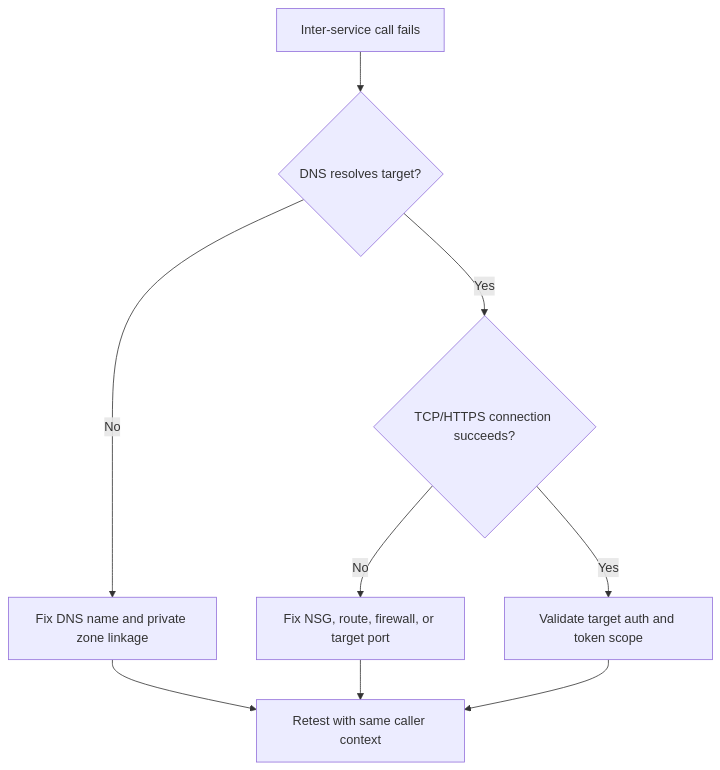
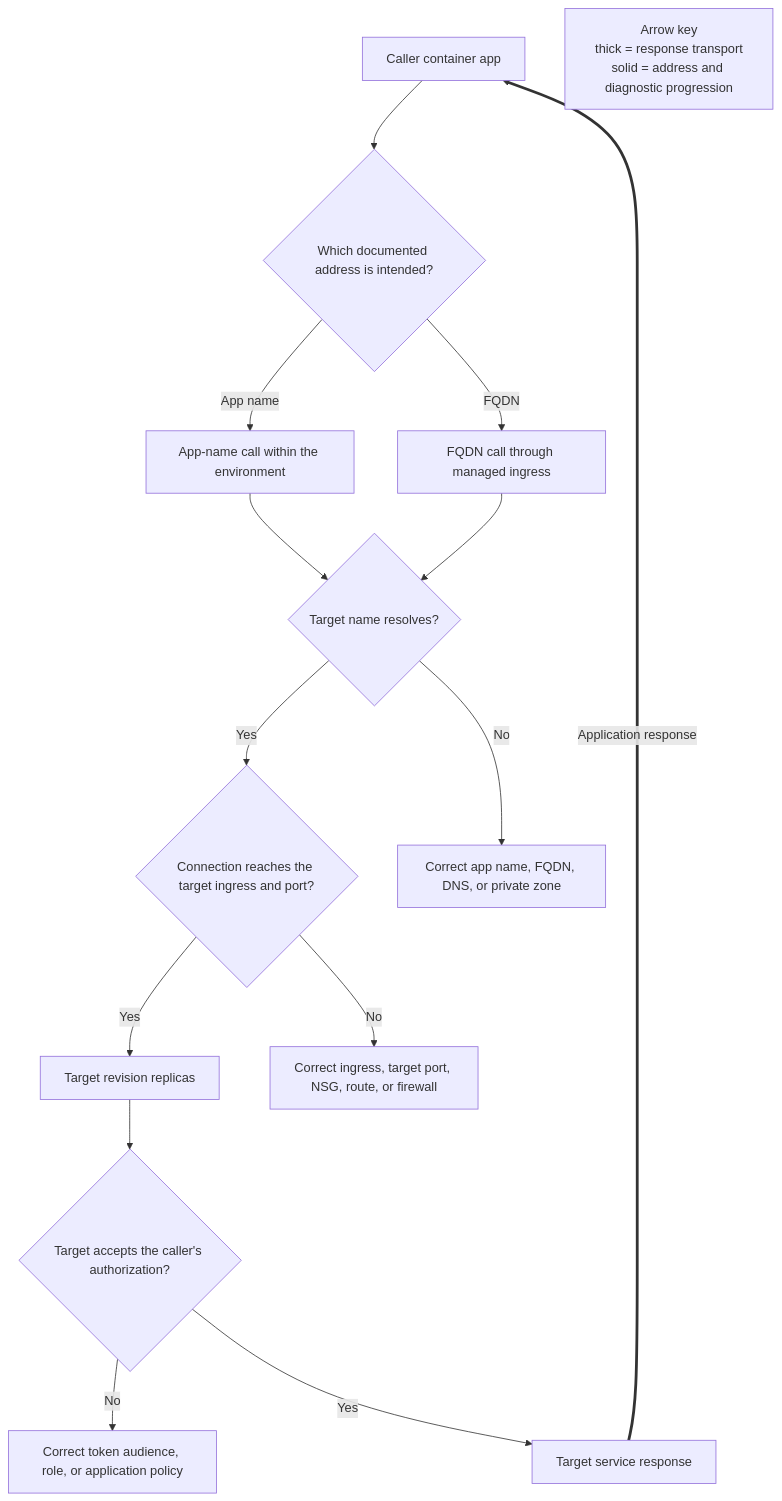
The diagram in docs/troubleshooting/playbooks/ingress-and-networking/service-to-service-connectivity-failure.md (yeongseon/azure-container-apps-practical-guide), drawn with Mermaid before and after one commit. The commit also changed other lines of this file and 23 other files, not shown here.

First line of the commit message:
docs(diagrams): migrate troubleshooting playbook diagrams (#626)

````diff
--- a/docs/troubleshooting/playbooks/ingress-and-networking/service-to-service-connectivity-failure.md
+++ b/docs/troubleshooting/playbooks/ingress-and-networking/service-to-service-connectivity-failure.md
@@ -40,11 +40,34 @@
 ```mermaid
 flowchart TD
-    A[Inter-service call fails] --> B{DNS resolves target?}
-    B -->|No| C[Fix DNS name and private zone linkage]
-    B -->|Yes| D{TCP/HTTPS connection succeeds?}
-    D -->|No| E[Fix NSG, route, firewall, or target port]
-    D -->|Yes| F[Validate target auth and token scope]
-    C --> G[Retest with same caller context]
-    E --> G
-    F --> G
+    accTitle: Diagnose a service-to-service call
+    accDescr: Choose the intended Container Apps service address, then distinguish name resolution, request transport, target ingress, and authorization failures.
+
+    CALLER[Caller container app]
+    ADDRESS{Which documented address is intended?}
+    APPNAME[App-name call within the environment]
+    FQDN[FQDN call through managed ingress]
+    DNS{Target name resolves?}
+    TRANSPORT{Connection reaches the target ingress and port?}
+    TARGET[Target revision replicas]
+    AUTH{Target accepts the caller's authorization?}
+    NAME_FIX[Correct app name, FQDN, DNS, or private zone]
+    PATH_FIX[Correct ingress, target port, NSG, route, or firewall]
+    AUTH_FIX[Correct token audience, role, or application policy]
+    RESPONSE[Target service response]
+
+    CALLER --> ADDRESS
+    ADDRESS -->|App name| APPNAME
+    ADDRESS -->|FQDN| FQDN
+    APPNAME --> DNS
+    FQDN --> DNS
+    DNS -->|No| NAME_FIX
+    DNS -->|Yes| TRANSPORT
+    TRANSPORT -->|No| PATH_FIX
+    TRANSPORT -->|Yes| TARGET
+    TARGET --> AUTH
+    AUTH -->|No| AUTH_FIX
+    AUTH -->|Yes| RESPONSE
+    RESPONSE ==>|Application response| CALLER
+
+    LEGEND["Arrow key<br/>thick = response transport<br/>solid = address and diagnostic progression"]
 ```
````
